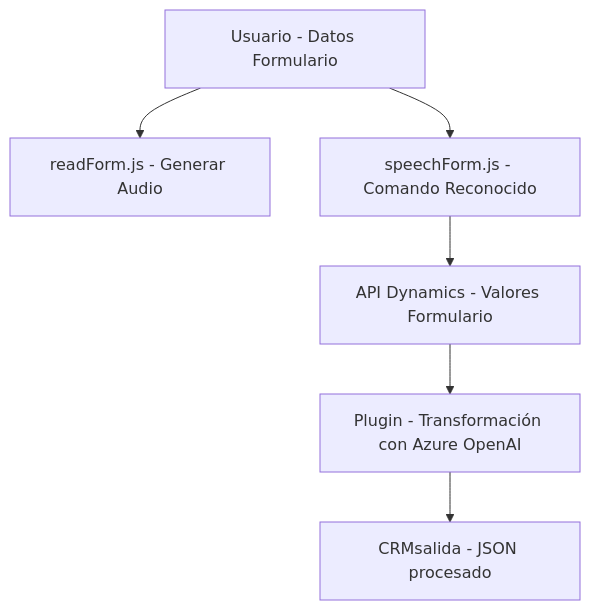
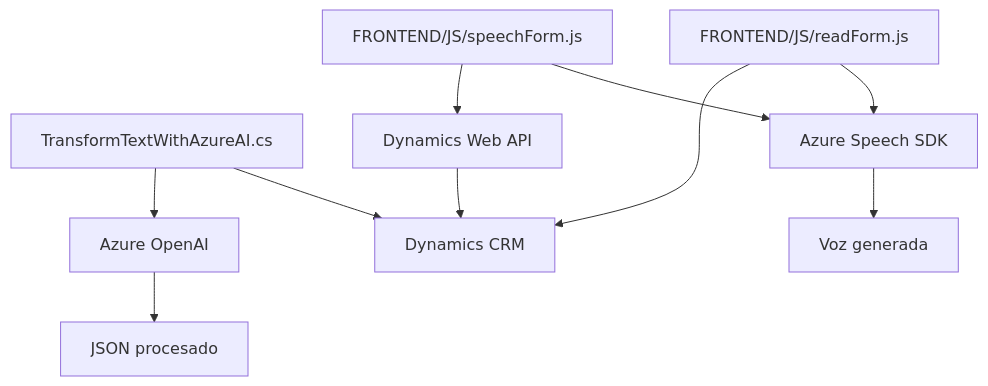
The diagram in README.md (blopezdm/NETCORE_BILBAO2025), drawn with Mermaid before and after one commit. The commit also changed other lines of this file, not shown here.

Commit message:
Actualizar análisis global de la solución con IA

````diff
--- a/README.md
+++ b/README.md
@@ -49,8 +39,20 @@
 ```mermaid
 graph TD
-    A["Usuario - Datos Formulario"] --> B["readForm.js - Generar Audio"]
-    A --> C["speechForm.js - Comando Reconocido"]
-    C --> D["API Dynamics - Valores Formulario"]
-    D --> E["Plugin - Transformación con Azure OpenAI"]
-    E --> F["CRMsalida - JSON procesado"]
+    JS1["FRONTEND/JS/readForm.js"]
+    JS2["FRONTEND/JS/speechForm.js"]
+    PluginCSharp["TransformTextWithAzureAI.cs"]
+    Dynamics["Dynamics CRM"]
+    AzureSpeechSDK["Azure Speech SDK"]
+    AzureAI["Azure OpenAI"]
+    WebAPI["Dynamics Web API"]
+
+    JS1 --> AzureSpeechSDK
+    JS1 --> Dynamics
+    JS2 --> AzureSpeechSDK
+    JS2 --> WebAPI
+    PluginCSharp --> Dynamics
+    PluginCSharp --> AzureAI
+    AzureSpeechSDK --> Voz["Voz generada"]
+    AzureAI --> Response["JSON procesado"]
+    WebAPI --> Dynamics
 ```
````
